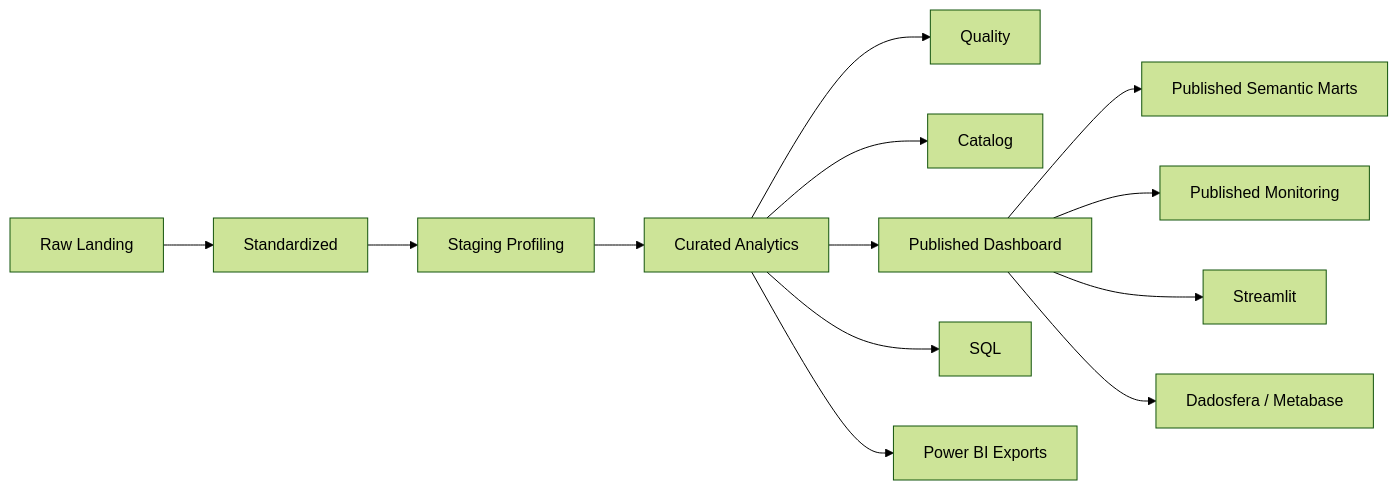
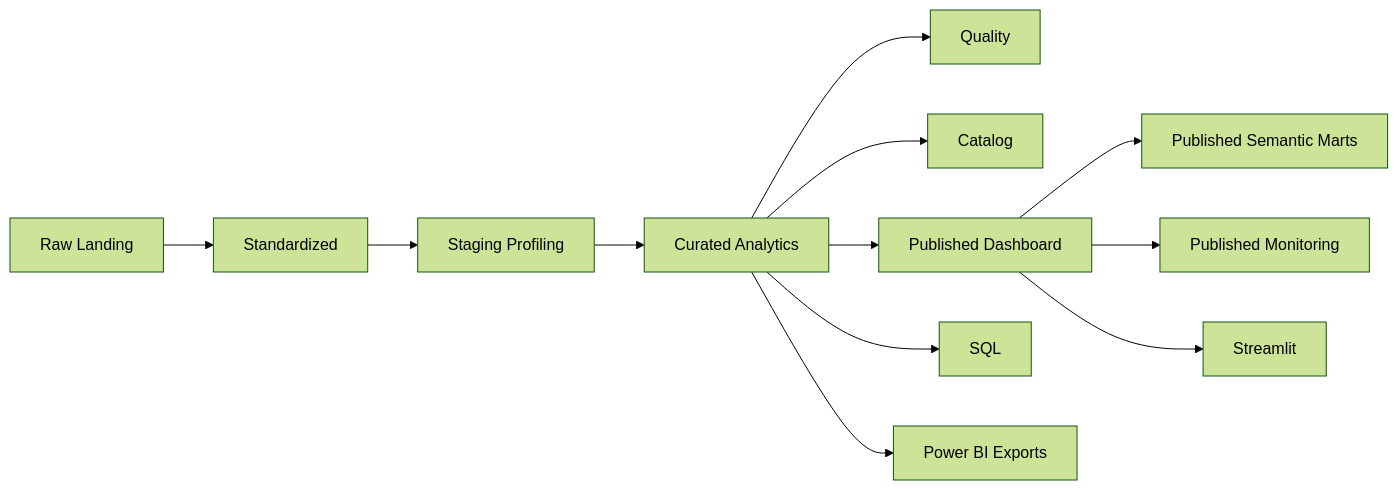
Before and after one commit to samuelmaia-analytics/Governed-Analytics-Platform: the first of 2 diagrams in docs/architecture.md, drawn with Mermaid (forest theme). The commit also changed other lines of this file and 88 other files, not shown here.

````diff
--- a/docs/architecture.md
+++ b/docs/architecture.md
@@ -27,15 +33,14 @@
 ```mermaid
 flowchart LR
     A[Raw Landing] --> B[Standardized]
     B --> C[Staging Profiling]
     C --> D[Curated Analytics]
     D --> E[Quality]
     D --> F[Catalog]
     D --> G[Published Dashboard]
     G --> G2[Published Semantic Marts]
     G --> G3[Published Monitoring]
     D --> H[SQL]
     D --> I[Power BI Exports]
     G --> J[Streamlit]
-    G --> K[Dadosfera / Metabase]
 ```
````
